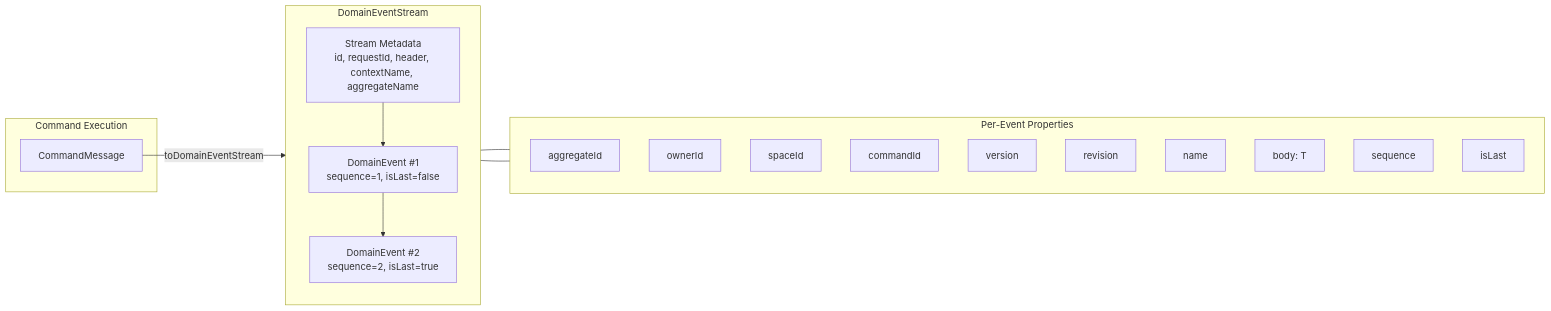
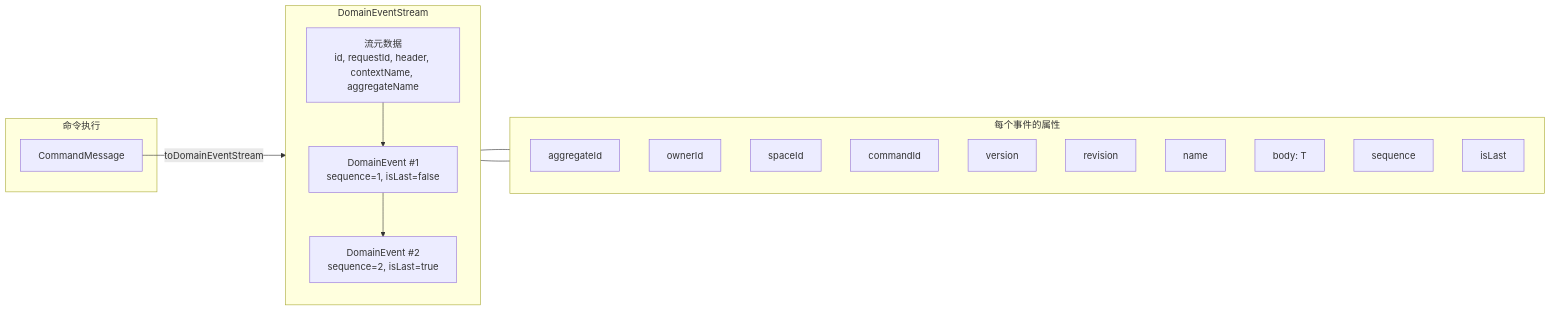
The third of 5 diagrams in documentation/docs/zh/guide/advanced/event-bus.md (Ahoo-Wang/Wow), drawn with Mermaid before and after one commit. The commit also changed other lines of this file and 11 other files, not shown here.

````diff
--- a/documentation/docs/zh/guide/advanced/event-bus.md
+++ b/documentation/docs/zh/guide/advanced/event-bus.md
@@ -184,33 +184,33 @@
 ```mermaid
 flowchart LR
-    subgraph Input["Command Execution"]
+    subgraph Input["命令执行"]
         CMD[CommandMessage]
     end
 
     subgraph Stream["DomainEventStream"]
         direction TB
-        STM[Stream Metadata<br>id, requestId, header, contextName, aggregateName]
+        STM[流元数据<br>id, requestId, header, contextName, aggregateName]
         E1[DomainEvent #1<br>sequence=1, isLast=false]
         E2[DomainEvent #2<br>sequence=2, isLast=true]
         STM --> E1
         E1 --> E2
     end
 
-    subgraph Properties["Per-Event Properties"]
+    subgraph Properties["每个事件的属性"]
         AID[aggregateId]
         OID[ownerId]
         SID[spaceId]
         CID[commandId]
         VER[version]
         REV[revision]
         NAM[name]
         BDY[body: T]
         SEQ[sequence]
         LST[isLast]
     end
 
     CMD -->|toDomainEventStream| Stream
     E1 --- Properties
     E2 --- Properties
 
 ```
````
